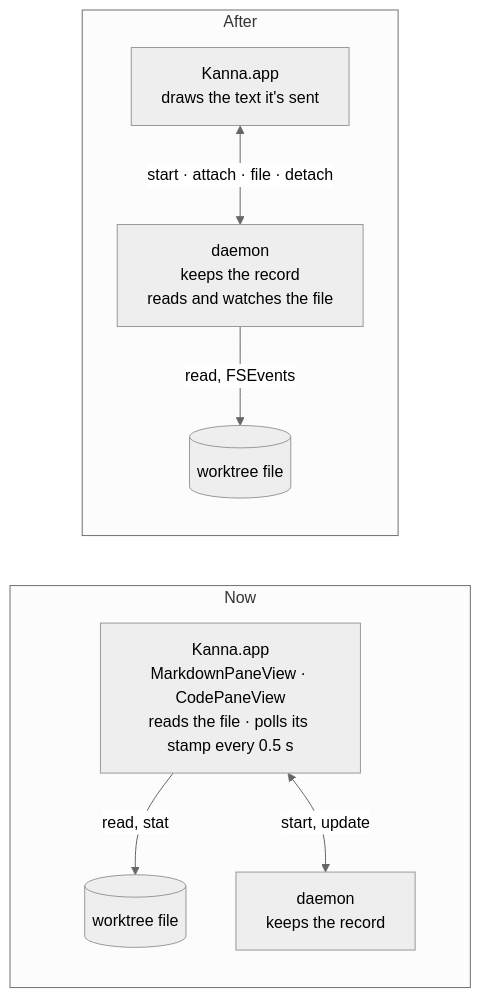
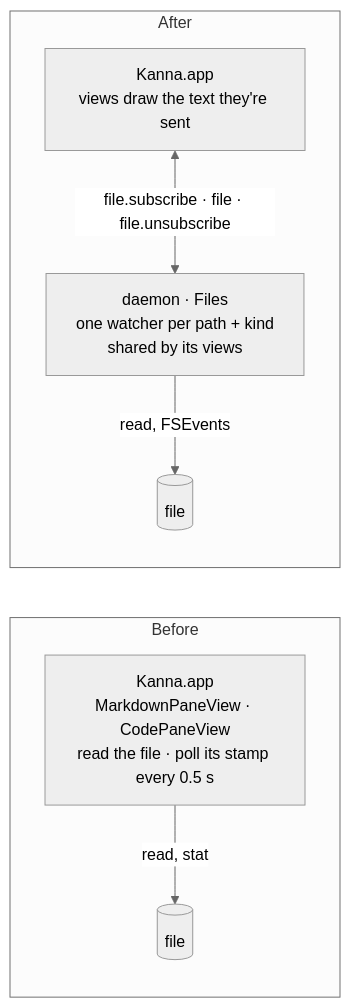
Before and after one commit to tampopogk/kanna: the first of 2 diagrams in docs/specs/file-panes.md, drawn with Mermaid (neutral theme). The commit also changed other lines of this file and 15 other files, not shown here.

````diff
--- a/docs/specs/file-panes.md
+++ b/docs/specs/file-panes.md
@@ -20,19 +20,17 @@
 ```mermaid
 flowchart LR
-    subgraph BEFORE["Now"]
+    subgraph BEFORE["Before"]
         direction TB
-        A1["Kanna.app<br/>MarkdownPaneView · CodePaneView<br/>reads the file · polls its stamp every 0.5 s"]
-        F1[("worktree file")]
-        D1["daemon<br/>keeps the record"]
+        A1["Kanna.app<br/>MarkdownPaneView · CodePaneView<br/>read the file · poll its stamp every 0.5 s"]
+        F1[("file")]
         A1 -->|"read, stat"| F1
-        A1 <-->|"start, update"| D1
     end
     subgraph AFTER["After"]
         direction TB
-        A2["Kanna.app<br/>draws the text it's sent"]
-        D2["daemon<br/>keeps the record<br/>reads and watches the file"]
-        F2[("worktree file")]
-        A2 <-->|"start · attach · file · detach"| D2
+        A2["Kanna.app<br/>views draw the text they're sent"]
+        D2["daemon · Files<br/>one watcher per path + kind<br/>shared by its views"]
+        F2[("file")]
+        A2 <-->|"file.subscribe · file · file.unsubscribe"| D2
         D2 -->|"read, FSEvents"| F2
     end
 ```
````
